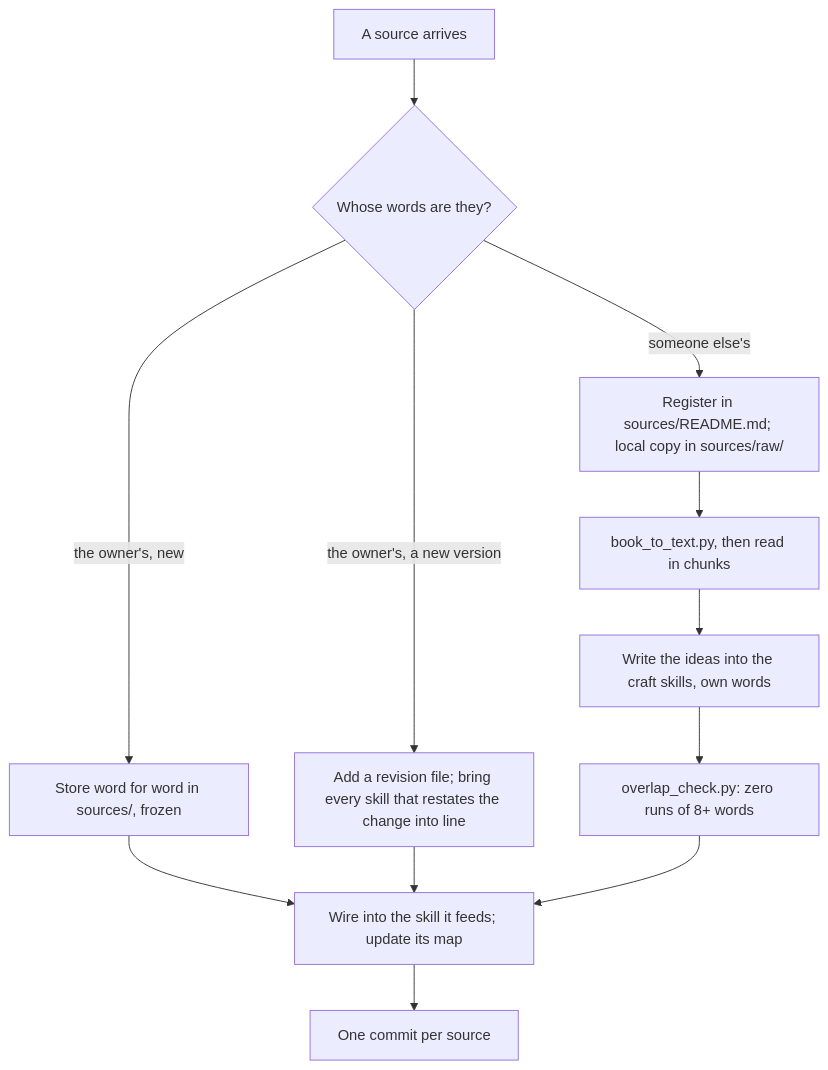
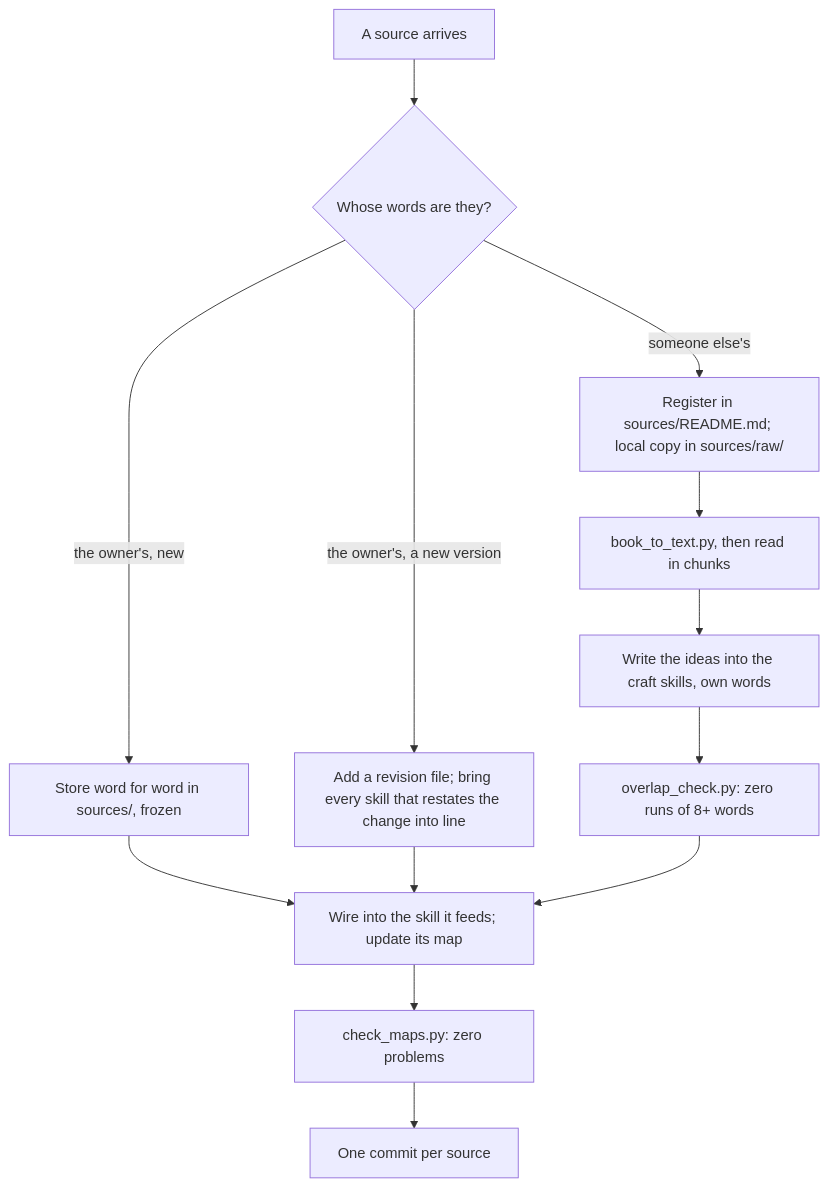
Before and after one commit to AHepi/StoryTest: the diagram in .claude/skills/add-source/SKILL.md, drawn with Mermaid. The commit also changed other lines of this file and 1 other file, not shown here.

````diff
--- a/.claude/skills/add-source/SKILL.md
+++ b/.claude/skills/add-source/SKILL.md
@@ -26,14 +27,15 @@
 ```mermaid
 flowchart TD
   S["A source arrives"] --> K{"Whose words are they?"}
   K -->|the owner's, new| O["Store word for word in sources/, frozen"]
   K -->|the owner's, a new version| R["Add a revision file; bring every skill that restates the change into line"]
   K -->|someone else's| C["Register in sources/README.md; local copy in sources/raw/"]
   C --> T["book_to_text.py, then read in chunks"]
   T --> D["Write the ideas into the craft skills, own words"]
   D --> V["overlap_check.py: zero runs of 8+ words"]
   O --> W["Wire into the skill it feeds; update its map"]
   R --> W
   V --> W
-  W --> M["One commit per source"]
+  W --> CM["check_maps.py: zero problems"]
+  CM --> M["One commit per source"]
 ```
````
